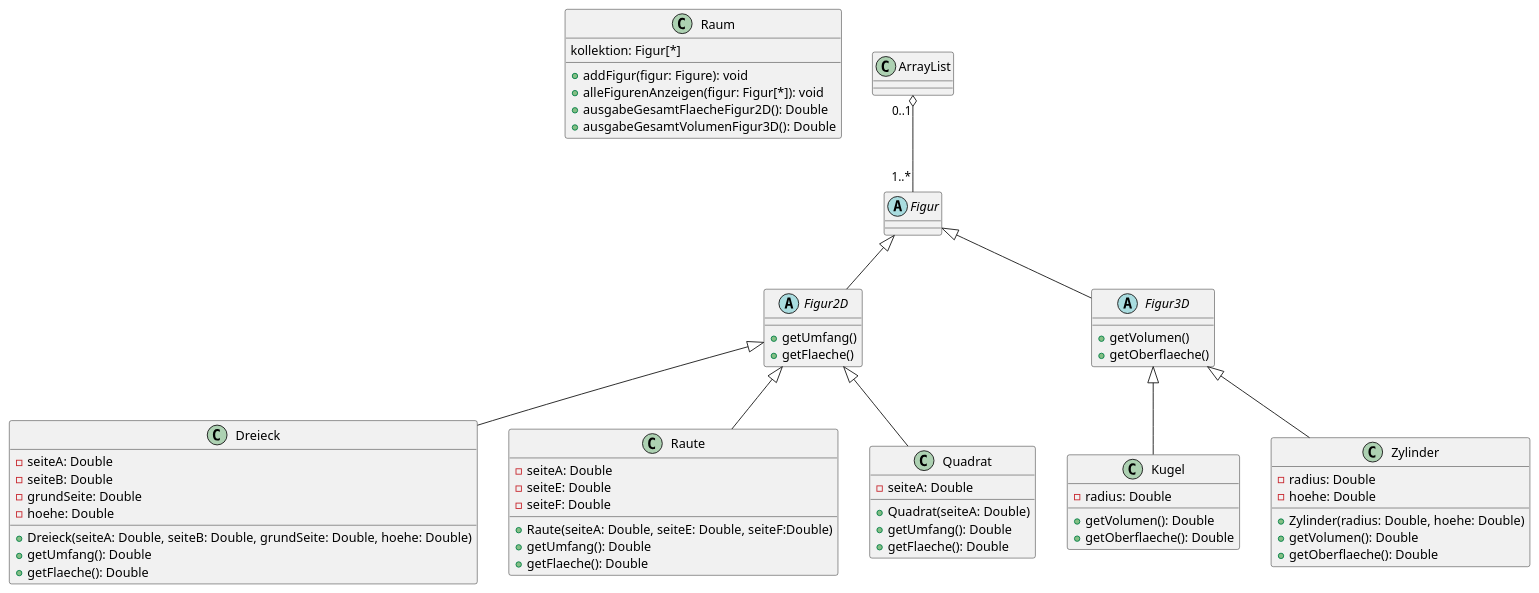
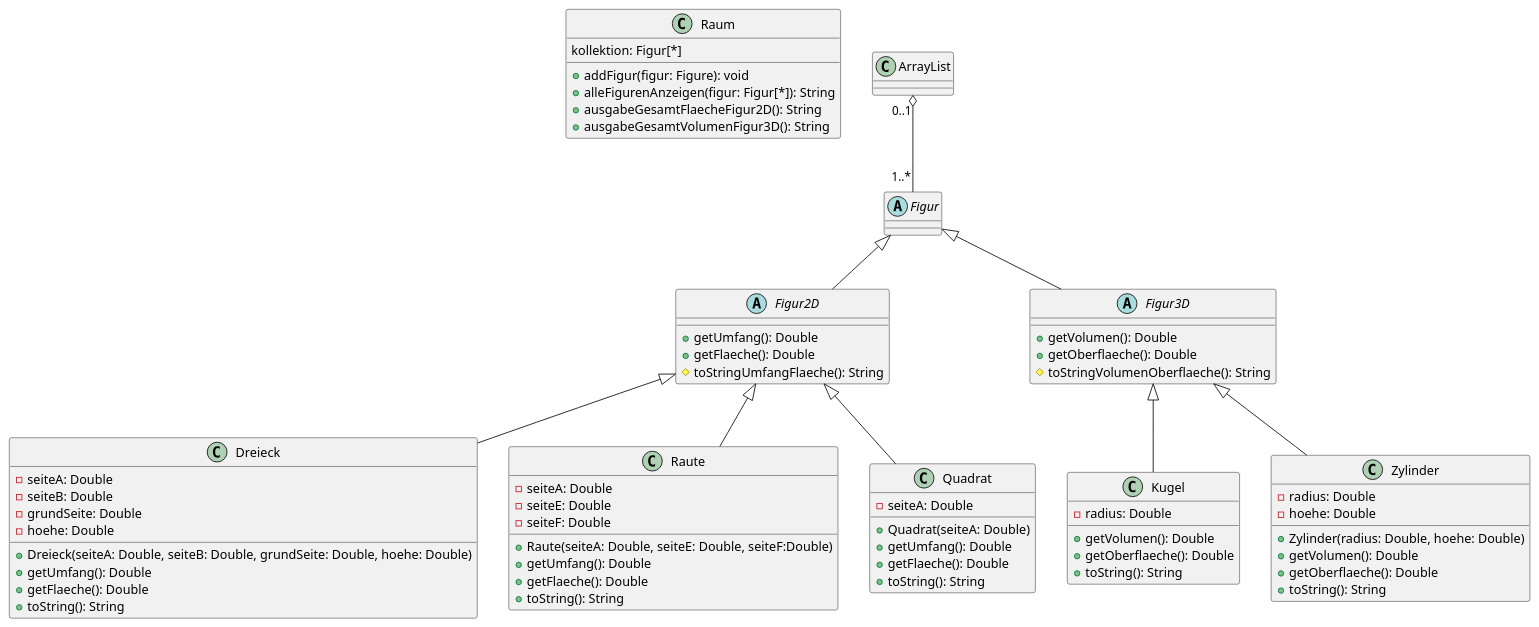
Before and after one commit to JuginPower/softwaredevelopment: the diagram in figuren/figures.wsd, drawn with PlantUML. The commit also changed 9 other files, not shown here.

```diff
--- a/figuren/figures.wsd
+++ b/figuren/figures.wsd
@@ -1,72 +1,79 @@
 @startuml figures
 class Raum {
     kollektion: Figur[*]
 +addFigur(figur: Figure): void
-+alleFigurenAnzeigen(figur: Figur[*]): void
-+ausgabeGesamtFlaecheFigur2D(): Double
-+ausgabeGesamtVolumenFigur3D(): Double
++alleFigurenAnzeigen(figur: Figur[*]): String
++ausgabeGesamtFlaecheFigur2D(): String
++ausgabeGesamtVolumenFigur3D(): String
 }
 
 abstract Figur {
-    
+
 }
 
 abstract Figur2D {
-    +getUmfang()
-    +getFlaeche()
+    +getUmfang(): Double
+    +getFlaeche(): Double
+    #toStringUmfangFlaeche(): String
 }
 
 abstract Figur3D {
-    +getVolumen()
-    +getOberflaeche()
+    +getVolumen(): Double
+    +getOberflaeche(): Double
+    #toStringVolumenOberflaeche(): String
 }
 
 class Kugel {
     -radius: Double
 +getVolumen(): Double
 +getOberflaeche(): Double
++toString(): String
 }
 
 class Zylinder {
     -radius: Double
     -hoehe: Double
 +Zylinder(radius: Double, hoehe: Double)
 +getVolumen(): Double
 +getOberflaeche(): Double
++toString(): String
 }
 
 class Dreieck {
     -seiteA: Double
     -seiteB: Double
     -grundSeite: Double
     -hoehe: Double
 +Dreieck(seiteA: Double, seiteB: Double, grundSeite: Double, hoehe: Double)
 +getUmfang(): Double
 +getFlaeche(): Double
++toString(): String
 }
 
 class Raute {
     -seiteA: Double
     -seiteE: Double
     -seiteF: Double
 +Raute(seiteA: Double, seiteE: Double, seiteF:Double)
 +getUmfang(): Double
 +getFlaeche(): Double
++toString(): String
 }
 
 class Quadrat {
     -seiteA: Double
 +Quadrat(seiteA: Double)
 +getUmfang(): Double
 +getFlaeche(): Double
++toString(): String
 }
 
 ArrayList "0..1" o-- "1..*" Figur
 Figur <|-- Figur3D
 Figur <|-- Figur2D
 Figur2D <|-- Dreieck
 Figur2D <|-- Raute
 Figur2D <|-- Quadrat
 Figur3D <|-- Kugel
 Figur3D <|-- Zylinder
 @enduml
```
